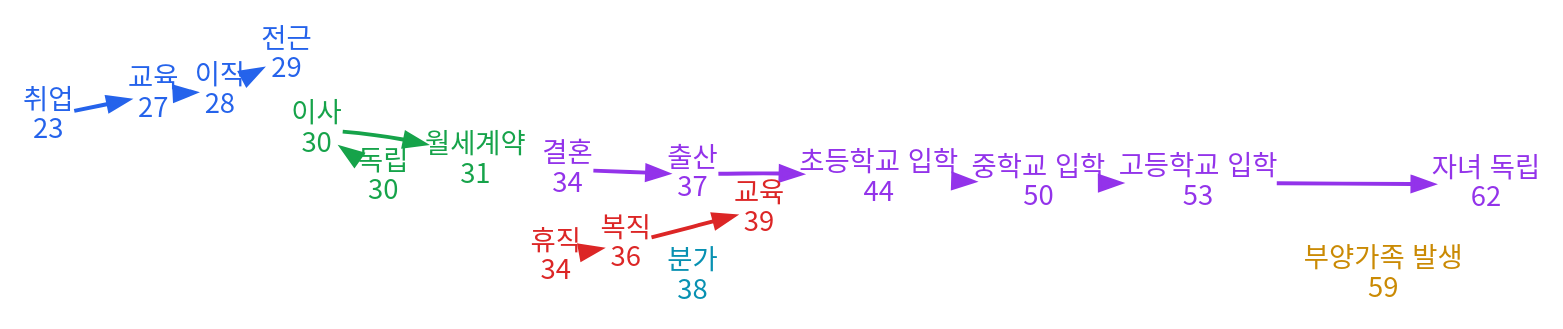
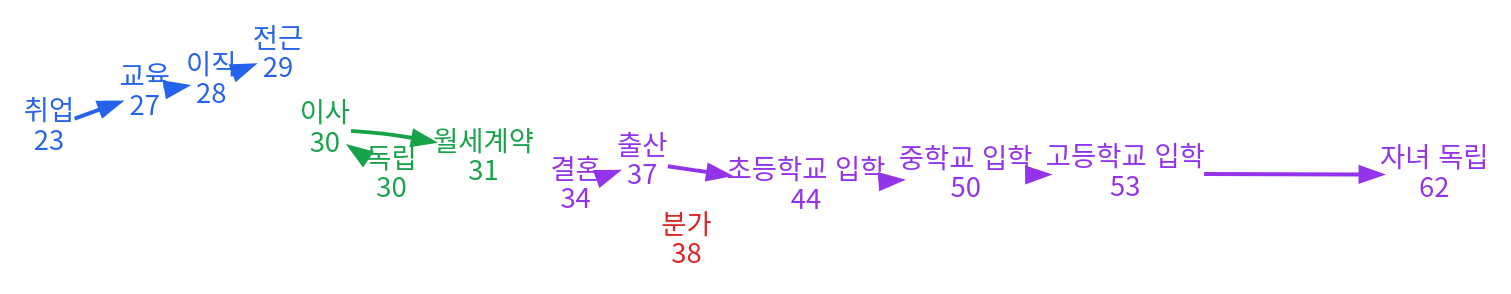
The diagram in life_generator/out/samples/sample_seed_45.dot (hanliger/life-event-benchmark-v2), drawn with Graphviz before and after one commit. The commit also changed 83 other files, not shown here.

```diff
--- a/life_generator/out/samples/sample_seed_45.dot
+++ b/life_generator/out/samples/sample_seed_45.dot
@@ -1,35 +1,29 @@
 digraph sample_life_path {
   graph [layout=neato, overlap=false, splines=true, outputorder=edgesfirst];
   node [shape=plain, fontname="Noto Sans CJK KR"];
   edge [penwidth=2.0];
   "event_0" [label="취업\n23", pos="0.9,0.0!", fontcolor="#2563eb"];
   "event_1" [label="교육\n27", pos="4.5,0.0!", fontcolor="#2563eb"];
   "event_2" [label="이직\n28", pos="5.4,0.0!", fontcolor="#2563eb"];
   "event_3" [label="전근\n29", pos="6.3,0.0!", fontcolor="#2563eb"];
   "event_4" [label="독립\n30", pos="7.2,-0.8!", fontcolor="#16a34a"];
   "event_5" [label="이사\n30", pos="7.2,-0.8!", fontcolor="#16a34a"];
   "event_6" [label="월세계약\n31", pos="8.1,-0.8!", fontcolor="#16a34a"];
   "event_7" [label="결혼\n34", pos="10.8,-1.6!", fontcolor="#9333ea"];
-  "event_8" [label="휴직\n34", pos="10.8,-2.4000000000000004!", fontcolor="#dc2626"];
-  "event_9" [label="복직\n36", pos="12.6,-2.4000000000000004!", fontcolor="#dc2626"];
-  "event_10" [label="출산\n37", pos="13.5,-1.6!", fontcolor="#9333ea"];
-  "event_11" [label="분가\n38", pos="14.4,-3.2!", fontcolor="#0891b2"];
-  "event_12" [label="교육\n39", pos="15.3,-2.4000000000000004!", fontcolor="#dc2626"];
-  "event_13" [label="초등학교 입학\n44", pos="19.8,-1.6!", fontcolor="#9333ea"];
-  "event_14" [label="중학교 입학\n50", pos="25.2,-1.6!", fontcolor="#9333ea"];
-  "event_15" [label="고등학교 입학\n53", pos="27.900000000000002,-1.6!", fontcolor="#9333ea"];
-  "event_16" [label="부양가족 발생\n59", pos="33.300000000000004,-4.0!", fontcolor="#ca8a04"];
-  "event_17" [label="자녀 독립\n62", pos="36.0,-1.6!", fontcolor="#9333ea"];
+  "event_8" [label="출산\n37", pos="13.5,-1.6!", fontcolor="#9333ea"];
+  "event_9" [label="분가\n38", pos="14.4,-2.4000000000000004!", fontcolor="#dc2626"];
+  "event_10" [label="초등학교 입학\n44", pos="19.8,-1.6!", fontcolor="#9333ea"];
+  "event_11" [label="중학교 입학\n50", pos="25.2,-1.6!", fontcolor="#9333ea"];
+  "event_12" [label="고등학교 입학\n53", pos="27.900000000000002,-1.6!", fontcolor="#9333ea"];
+  "event_13" [label="자녀 독립\n62", pos="36.0,-1.6!", fontcolor="#9333ea"];
   "event_0" -> "event_1" [color="#2563eb"];
   "event_1" -> "event_2" [color="#2563eb"];
   "event_2" -> "event_3" [color="#2563eb"];
-  "event_7" -> "event_10" [color="#9333ea"];
-  "event_10" -> "event_13" [color="#9333ea"];
-  "event_13" -> "event_14" [color="#9333ea"];
-  "event_14" -> "event_15" [color="#9333ea"];
-  "event_15" -> "event_17" [color="#9333ea"];
+  "event_7" -> "event_8" [color="#9333ea"];
+  "event_8" -> "event_10" [color="#9333ea"];
+  "event_10" -> "event_11" [color="#9333ea"];
+  "event_11" -> "event_12" [color="#9333ea"];
+  "event_12" -> "event_13" [color="#9333ea"];
   "event_4" -> "event_5" [color="#16a34a"];
   "event_5" -> "event_6" [color="#16a34a"];
-  "event_8" -> "event_9" [color="#dc2626"];
-  "event_9" -> "event_12" [color="#dc2626"];
 }
```
